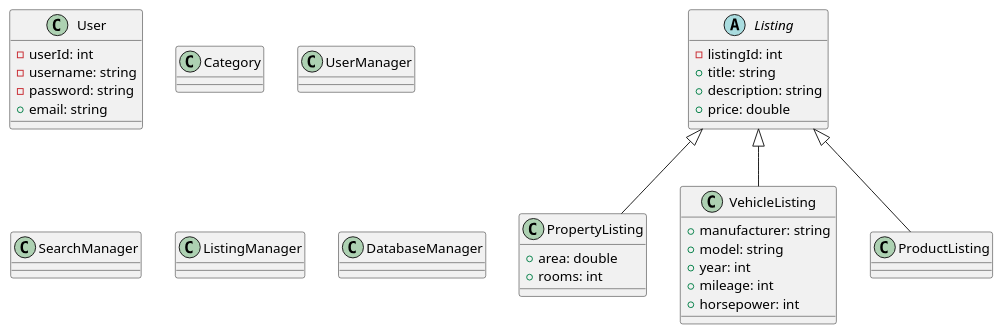
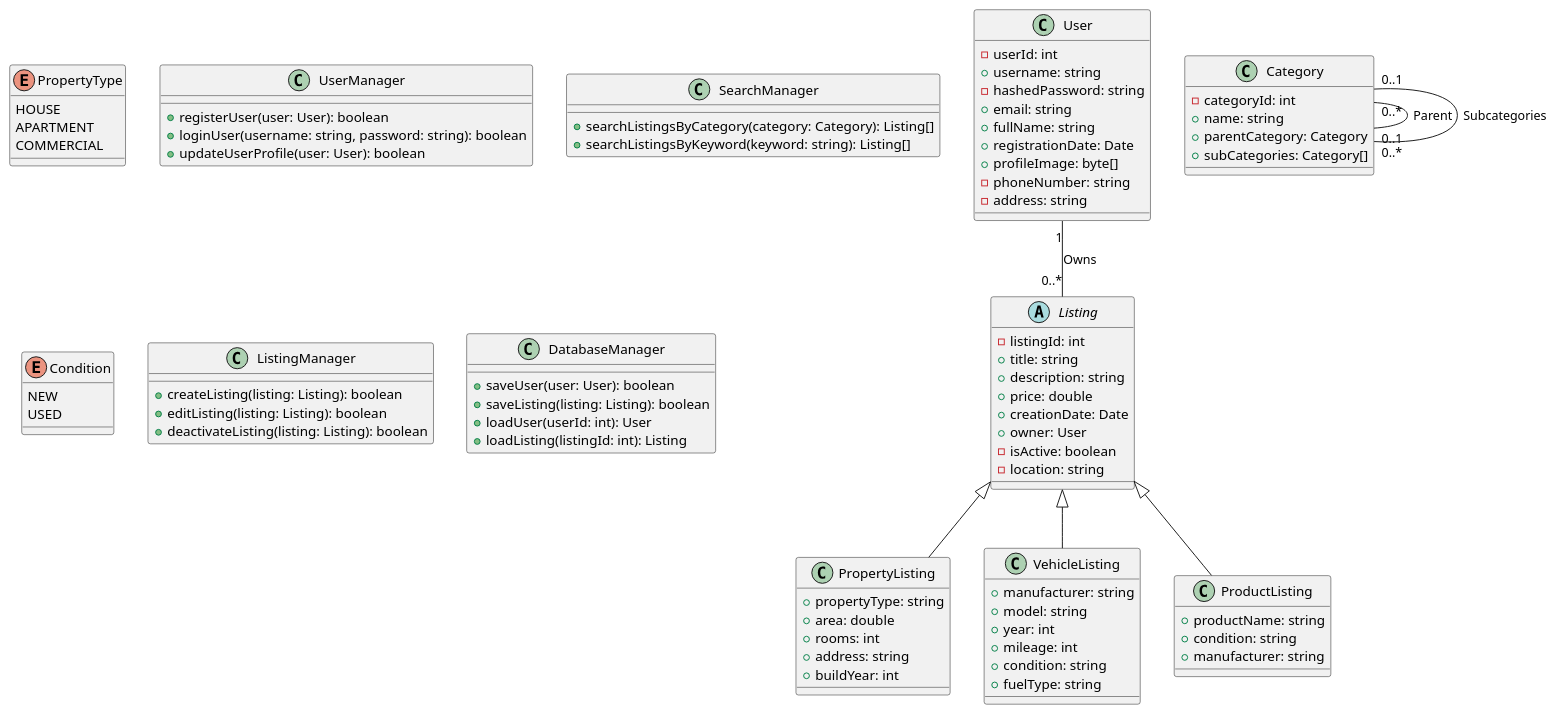
One commit to hos22181/pos-projekt changed the diagram in POS_Projekt/src/datamodel.puml. Above: the diagram before and after it, drawn with PlantUML. The commit also changed 2 other files, not shown here.

```diff
--- a/POS_Projekt/src/datamodel.puml
+++ b/POS_Projekt/src/datamodel.puml
@@ -1,46 +1,99 @@
 @startuml
 
 class User{
   - userId: int
-  - username: string
-  - password: string
+  + username: string
+  - hashedPassword: string
   + email: string
+  + fullName: string
+  + registrationDate: Date
+  + profileImage: byte[]
+  - phoneNumber: string
+  - address: string
 }
 
 abstract class Listing{
   - listingId: int
   + title: string
   + description: string
   + price: double
+  + creationDate: Date
+  + owner: User
+  - isActive: boolean
+  - location: string
+}
+
+enum PropertyType {
+  HOUSE
+  APARTMENT
+  COMMERCIAL
 }
 
 class PropertyListing{
-+ area: double
-+ rooms: int
+  + propertyType: string
+  + area: double
+  + rooms: int
+  + address: string
+  + buildYear: int
 }
 
 class VehicleListing{
   + manufacturer: string
   + model: string
   + year: int
   + mileage: int
-  + horsepower: int
+  + condition: string
+  + fuelType: string
 }
 
 class ProductListing{
-
+  + productName: string
+  + condition: string
+  + manufacturer: string
 }
 
-Listing <|--PropertyListing
-Listing <|--ProductListing
-Listing <|--VehicleListing
+Listing <|-- PropertyListing
+Listing <|-- ProductListing
+Listing <|-- VehicleListing
 
+class Category{
+  - categoryId: int
+  + name: string
+  + parentCategory: Category
+  + subCategories: Category[]
+}
 
-class Category
+class UserManager{
+  + registerUser(user: User): boolean
+  + loginUser(username: string, password: string): boolean
+  + updateUserProfile(user: User): boolean
+}
 
-class UserManager
-class SearchManager
-class ListingManager
-class DatabaseManager
+class SearchManager{
+  + searchListingsByCategory(category: Category): Listing[]
+  + searchListingsByKeyword(keyword: string): Listing[]
+}
+
+enum Condition {
+  NEW
+  USED
+}
+
+class ListingManager{
+  + createListing(listing: Listing): boolean
+  + editListing(listing: Listing): boolean
+  + deactivateListing(listing: Listing): boolean
+}
+
+class DatabaseManager{
+  + saveUser(user: User): boolean
+  + saveListing(listing: Listing): boolean
+  + loadUser(userId: int): User
+  + loadListing(listingId: int): Listing
+}
+
+User "1" -- "0..*" Listing: Owns
+Category "0..*" -- "0..1" Category: Parent
+Category "0..1" -- "0..*" Category: Subcategories
 
 @enduml
```
